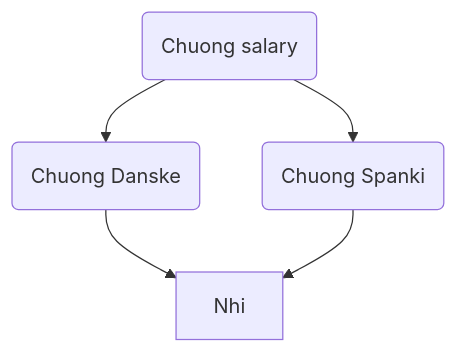
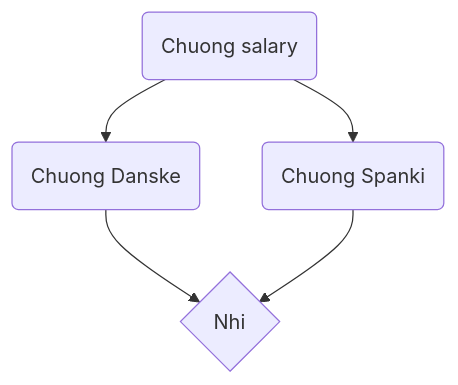
Before and after one commit to ninanhinguyen/part0: the diagram in 0-1.md, drawn with Mermaid.

````diff
--- a/0-1.md
+++ b/0-1.md
@@ -1,7 +1,7 @@
 ```mermaid
   graph TD;
       A(Chuong salary)-->B(Chuong Danske);
       A(Chuong salary)-->C(Chuong Spanki);
-      B(Chuong Danske) -->D[Nhi];
-      C(Chuong Spanki)-->D[Nhi];
+      B(Chuong Danske) -->D{Nhi};
+      C(Chuong Spanki)-->D{Nhi};
 ```
````
